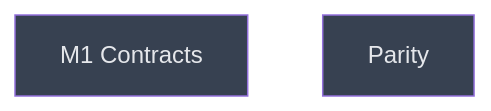
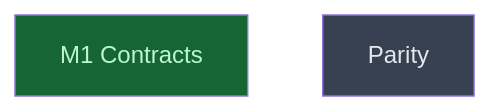
Before and after one commit to CrackingShells/Candler: the diagram in __roadmap__/candler-v1/contracts/README.md, drawn with Mermaid. The commit also changed other lines of this file and 5 other files, not shown here.

````diff
--- a/__roadmap__/candler-v1/contracts/README.md
+++ b/__roadmap__/candler-v1/contracts/README.md
@@ -16,10 +16,10 @@
 ```mermaid
 graph TD
-    m1_contracts[M1 Contracts]:::planned
+    m1_contracts[M1 Contracts]:::done
     parity[Parity]:::planned
     classDef done       fill:#166534,color:#bbf7d0
     classDef inprogress fill:#854d0e,color:#fef08a
     classDef planned    fill:#374151,color:#e5e7eb
     classDef amendment  fill:#1e3a5f,color:#bfdbfe
     classDef blocked    fill:#7f1d1d,color:#fecaca
 ```
````
